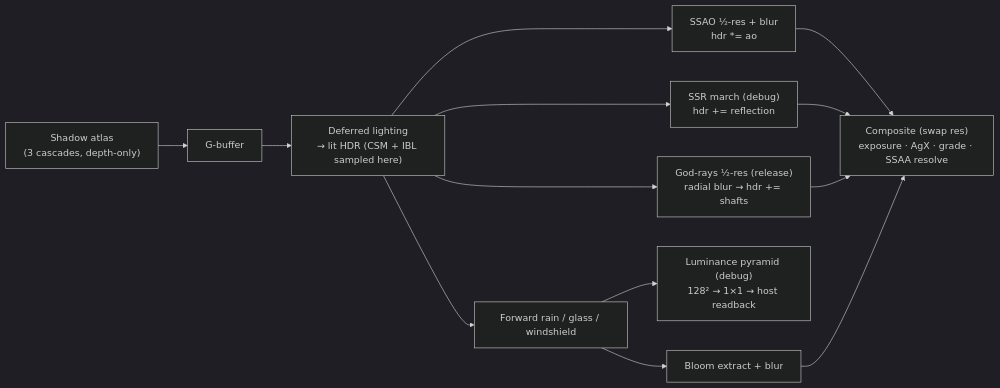
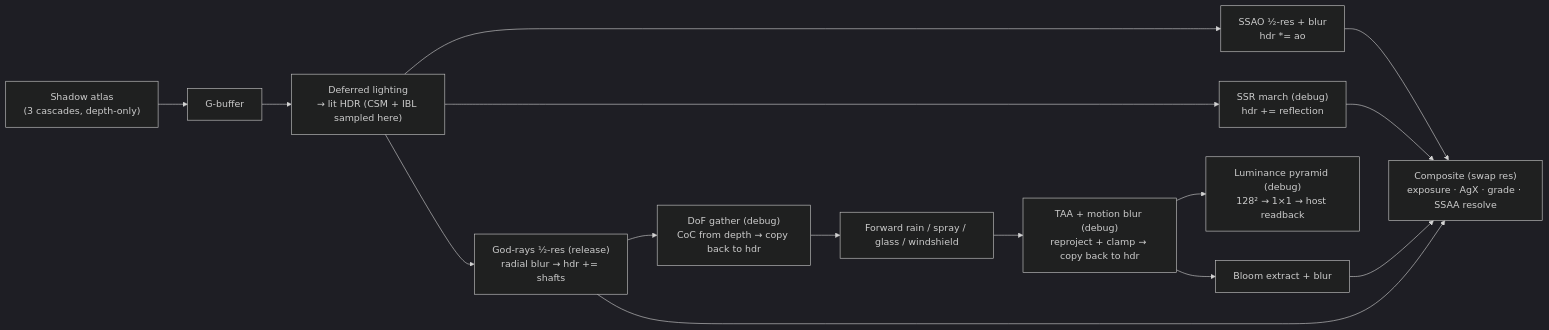
Before and after one commit to dabibhabi/swish: the first of 4 diagrams in docs/realism-features.md, drawn with Mermaid (dark theme). The commit also changed other lines of this file and 34 other files, not shown here.

````diff
--- a/docs/realism-features.md
+++ b/docs/realism-features.md
@@ -29,15 +36,17 @@
 ```mermaid
 graph LR
   CSM["Shadow atlas<br/>(3 cascades, depth-only)"] --> GB[G-buffer]
   GB --> LIT["Deferred lighting<br/>→ lit HDR (CSM + IBL sampled here)"]
   LIT --> SSAO["SSAO ½-res + blur<br/>hdr *= ao"]
   LIT --> SSR["SSR march (debug)<br/>hdr += reflection"]
   LIT --> GR["God-rays ½-res (release)<br/>radial blur → hdr += shafts"]
-  LIT --> FWD["Forward rain / glass / windshield"]
-  FWD --> LUM["Luminance pyramid (debug)<br/>128² → 1×1 → host readback"]
-  FWD --> BLOOM[Bloom extract + blur]
+  GR --> DOF["DoF gather (debug)<br/>CoC from depth → copy back to hdr"]
+  DOF --> FWD["Forward rain / spray / glass / windshield"]
+  FWD --> TAA["TAA + motion blur (debug)<br/>reproject + clamp → copy back to hdr"]
+  TAA --> LUM["Luminance pyramid (debug)<br/>128² → 1×1 → host readback"]
+  TAA --> BLOOM[Bloom extract + blur]
   BLOOM --> COMP["Composite (swap res)<br/>exposure · AgX · grade · SSAA resolve"]
   SSAO --> COMP
   SSR --> COMP
   GR --> COMP
 ```
````
